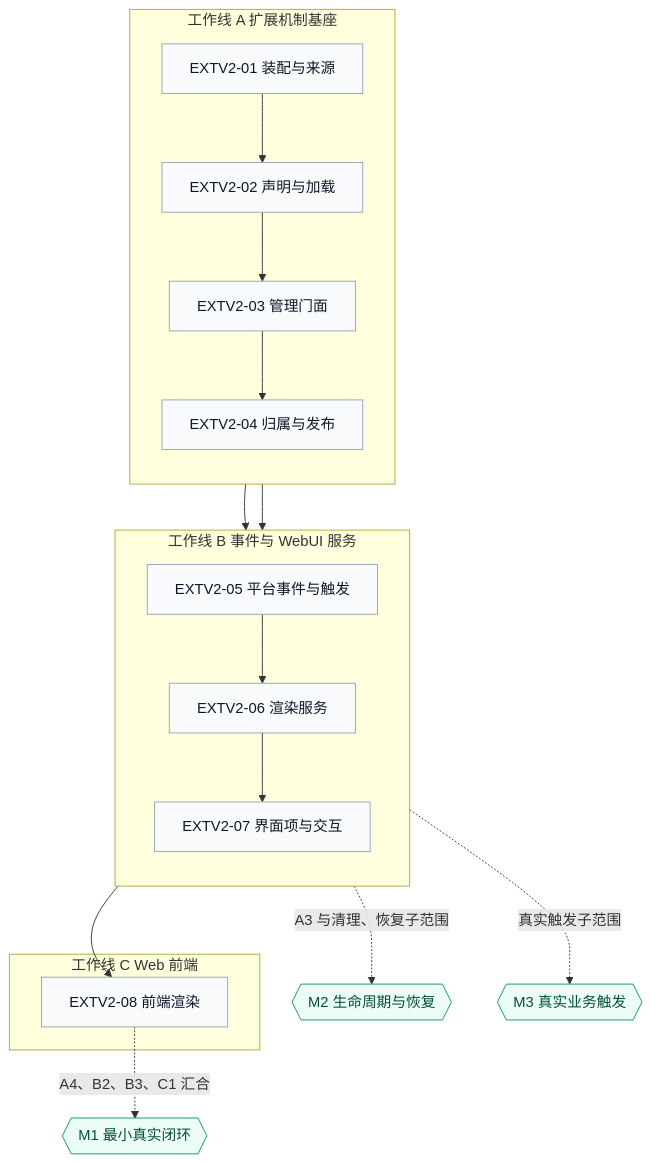
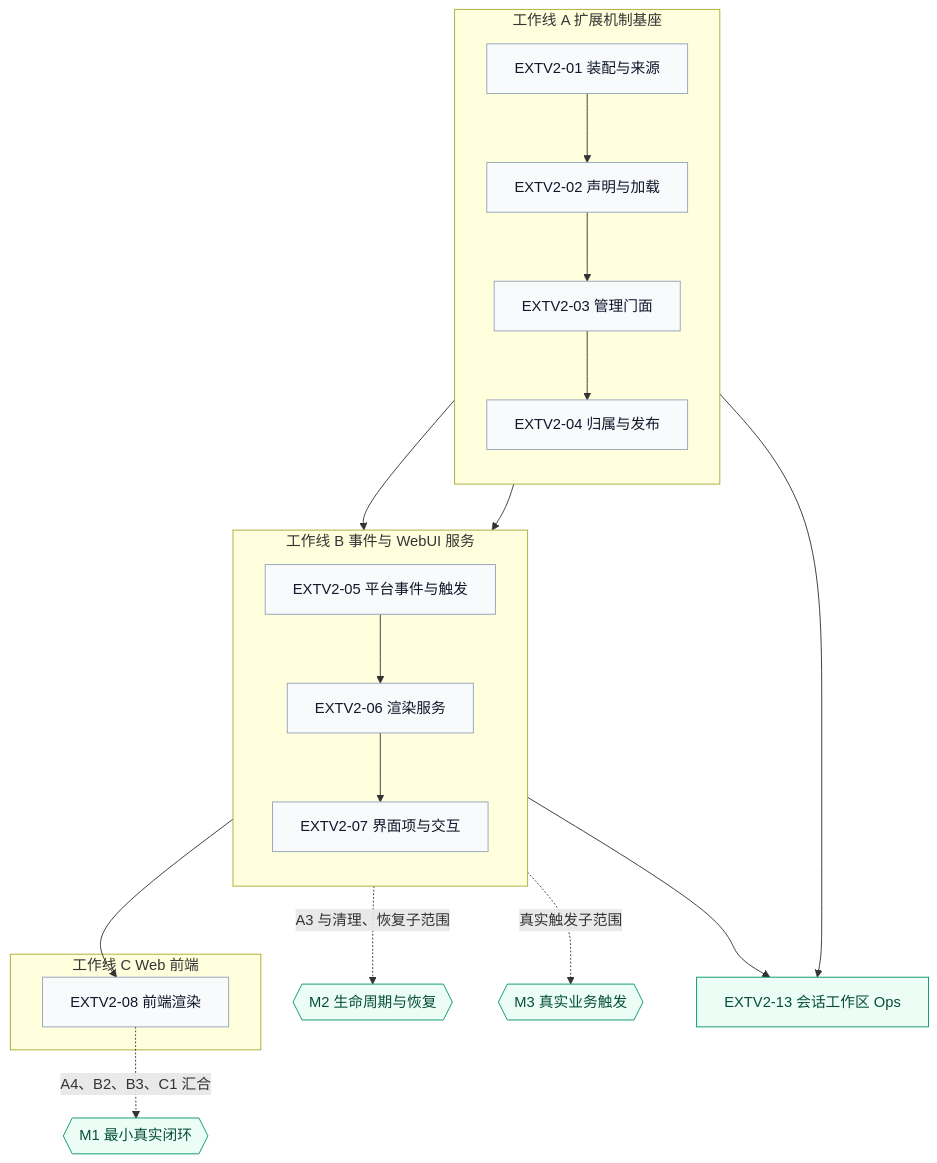
One commit to openJiuwen-ai/jiuwenswarm changed the first of 2 diagrams in jiuwenswarm/extensions_v2/docs/designs/extensions-v2-development-plan.md. Above: the diagram before and after it, drawn with Mermaid. The commit also changed other lines of this file and 8 other files, not shown here.

````diff
--- a/jiuwenswarm/extensions_v2/docs/designs/extensions-v2-development-plan.md
+++ b/jiuwenswarm/extensions_v2/docs/designs/extensions-v2-development-plan.md
@@ -259,39 +269,41 @@
 ```mermaid
 flowchart TB
     subgraph WA["工作线 A 扩展机制基座"]
         direction TB
         A1["EXTV2-01 装配与来源"] --> A2["EXTV2-02 声明与加载"]
         A2 --> A3["EXTV2-03 管理门面"]
         A3 --> A4["EXTV2-04 归属与发布"]
     end
 
     subgraph WB["工作线 B 事件与 WebUI 服务"]
         direction TB
         B1["EXTV2-05 平台事件与触发"] --> B2["EXTV2-06 渲染服务"]
         B2 --> B3["EXTV2-07 界面项与交互"]
     end
 
     subgraph WC["工作线 C Web 前端"]
         C1["EXTV2-08 前端渲染"]
     end
 
     M1{{"M1 最小真实闭环"}}
     M2{{"M2 生命周期与恢复"}}
     M3{{"M3 真实业务触发"}}
 
     WA ~~~ WB
     WB ~~~ WC
 
     A1 --> B1
+    A1 --> S13["EXTV2-13 会话工作区 Ops"]
+    B1 --> S13
     A4 --> B3
     B3 --> C1
 
     C1 -.->|"A4、B2、B3、C1 汇合"| M1
     B3 -.->|"A3 与清理、恢复子范围"| M2
     B1 -.->|"真实触发子范围"| M3
 
     classDef item fill:#f8fafc,stroke:#94a3b8,color:#0f172a;
     classDef node fill:#ecfdf5,stroke:#059669,color:#064e3b;
     class A1,A2,A3,A4,B1,B2,B3,C1 item;
     class M1,M2,M3 node;
 ```
````
